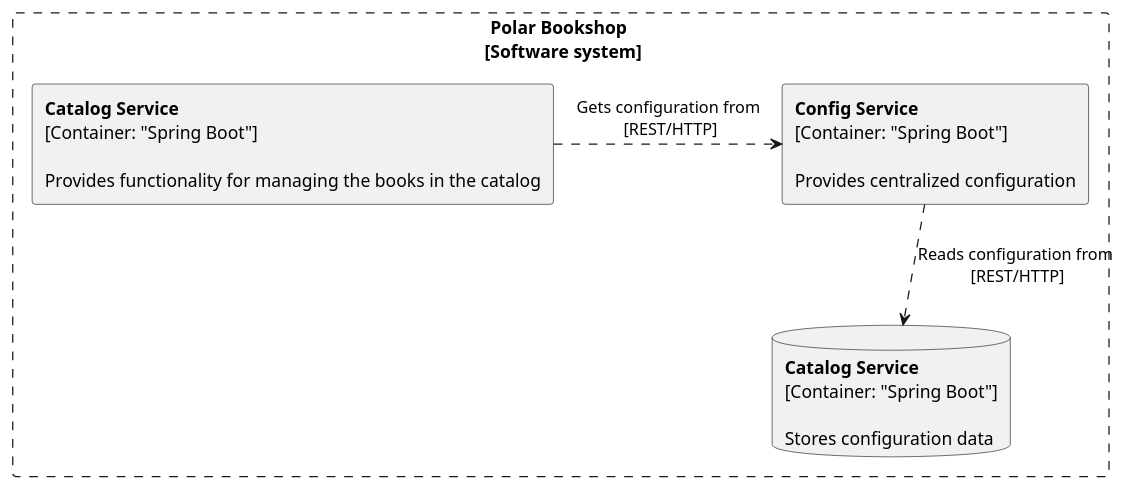
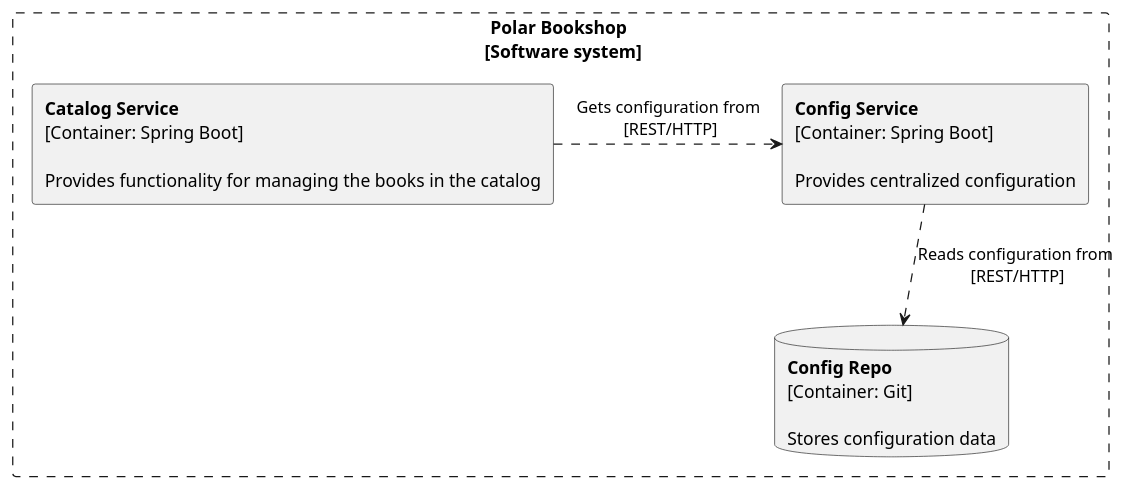
One commit to nilden/config-repo changed the diagram in doc/system_architecture.puml. Above: the diagram before and after it, drawn with PlantUML.

```diff
--- a/doc/system_architecture.puml
+++ b/doc/system_architecture.puml
@@ -1,31 +1,31 @@
 @startuml
 allow_mixing
 
 rectangle "Polar Bookshop \n [Software system]" #line.dashed {
     rectangle catalogService [
         **Catalog Service**
-        [Container: "Spring Boot"]
+        [Container: Spring Boot]
 
         Provides functionality for managing the books in the catalog
     ]
 
     rectangle configService [
         **Config Service**
-        [Container: "Spring Boot"]
+        [Container: Spring Boot]
 
         Provides centralized configuration
     ]
 
     database configRepo [
-        **Catalog Service**
-        [Container: "Spring Boot"]
+        **Config Repo**
+        [Container: Git]
 
         Stores configuration data
     ]
 }
 
 
 catalogService .right> configService: Gets configuration from\n [REST/HTTP]
 configService ..> configRepo: Reads configuration from\n [REST/HTTP]
 
 @enduml
```
